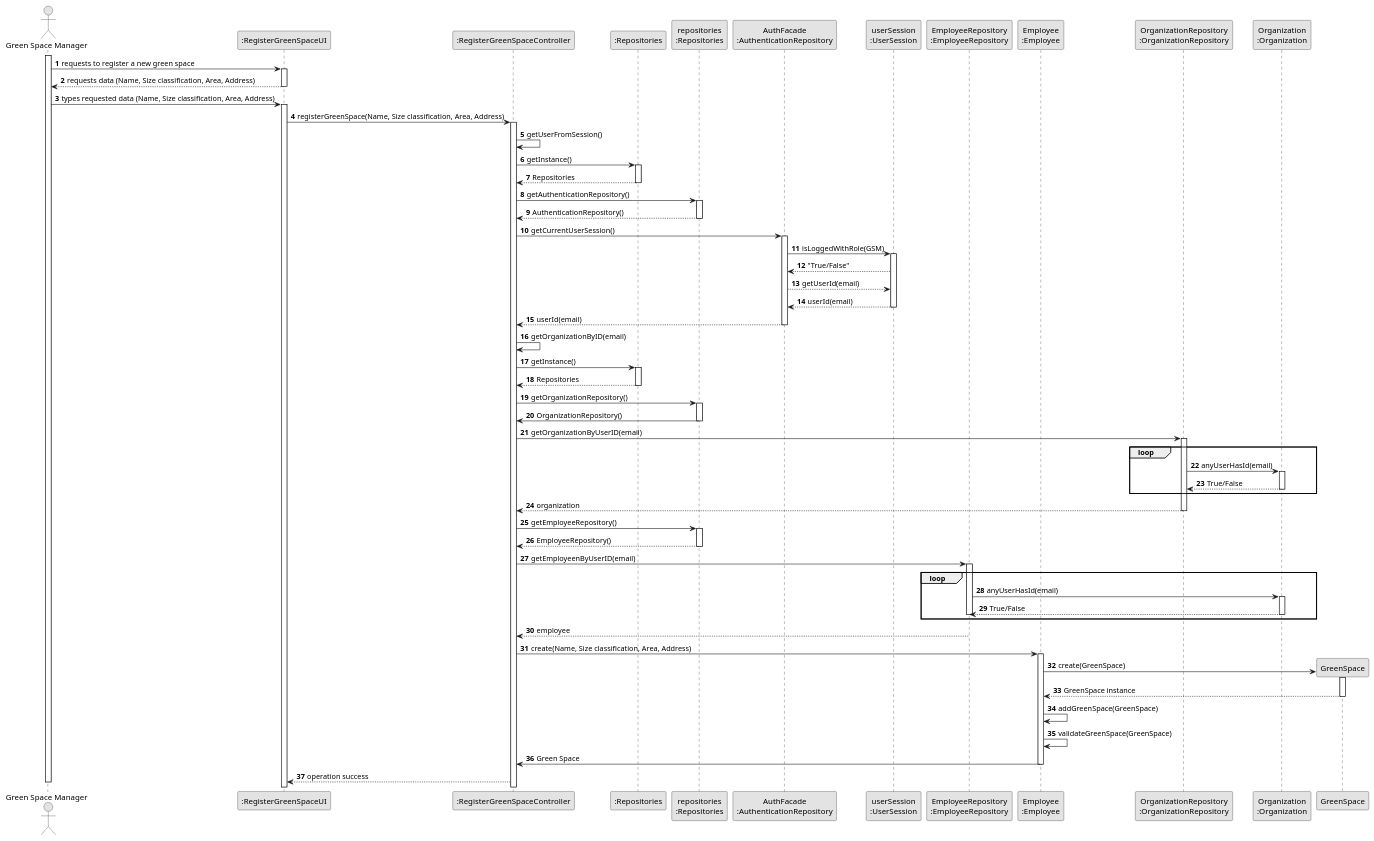
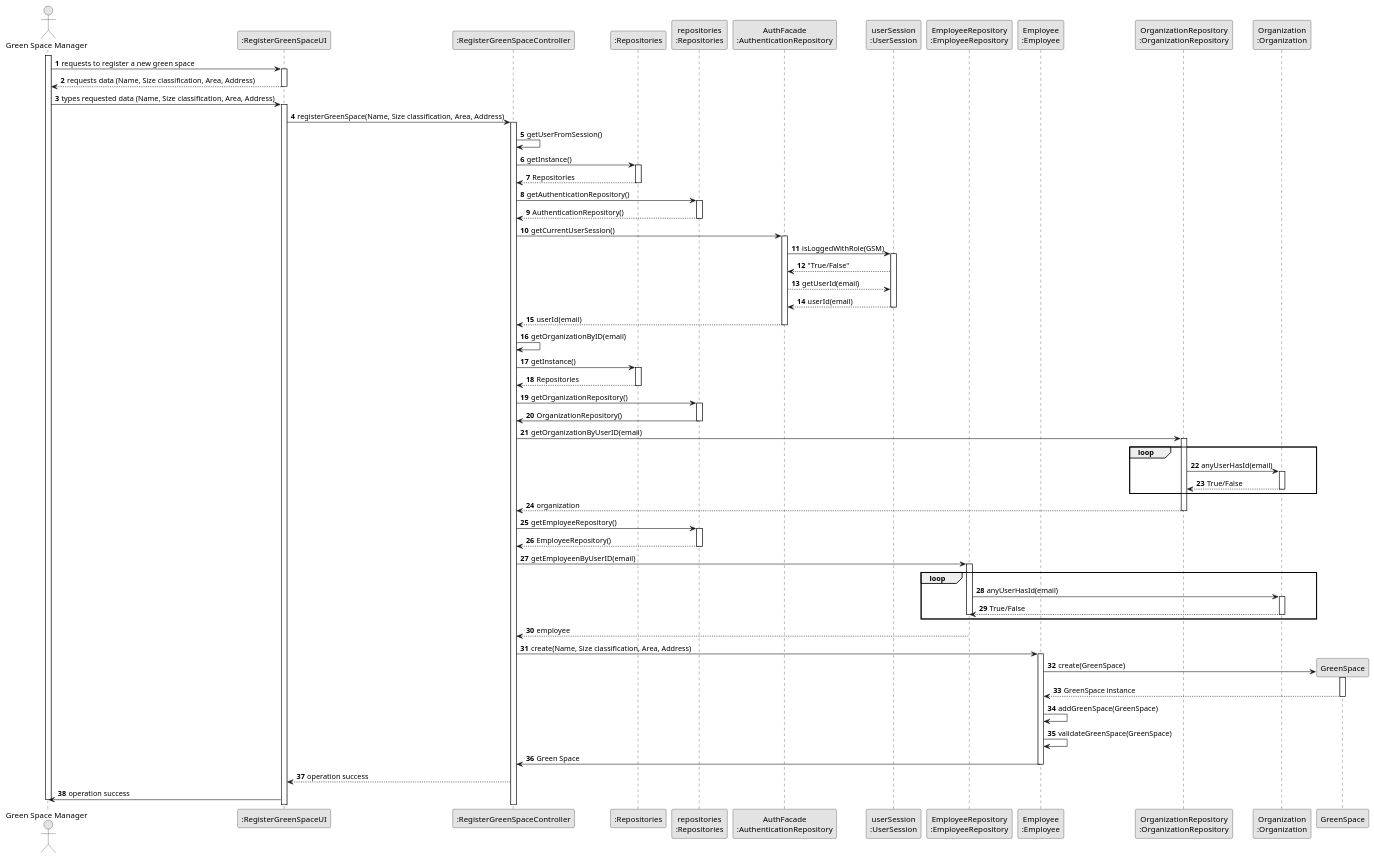
Before and after one commit to Mendoncaa/LAPR2: the diagram in docs/sprintC/US20/03.design/puml/us020-sequence-diagram.puml, drawn with PlantUML. The commit also changed 30 other files, not shown here.

```diff
--- a/docs/sprintC/US20/03.design/puml/us020-sequence-diagram.puml
+++ b/docs/sprintC/US20/03.design/puml/us020-sequence-diagram.puml
@@ -1,126 +1,128 @@
 @startuml
 skinparam monochrome true
 skinparam packageStyle rectangle
 skinparam shadowing false
 
 autonumber
 
 actor "Green Space Manager" as GSM
 participant ":RegisterGreenSpaceUI" as UI
 participant ":RegisterGreenSpaceController" as CTRL
 participant ":Repositories" as RepositorySingleton
 participant "repositories\n:Repositories" as PLAT
 participant "AuthFacade\n:AuthenticationRepository" as AUTHREP
 participant "userSession\n:UserSession" as USER
 
 participant "EmployeeRepository\n:EmployeeRepository" as EMPREP
 participant "Employee\n:Employee" as EMP
 participant "OrganizationRepository\n:OrganizationRepository" as ORGREP
 participant "Organization\n:Organization" as ORG
 
 
 activate GSM
 
         GSM -> UI : requests to register a new green space
         activate UI
 
         UI --> GSM : requests data (Name, Size classification, Area, Address)
     deactivate UI
 
     GSM -> UI : types requested data (Name, Size classification, Area, Address)
     activate UI
 
     UI -> CTRL : registerGreenSpace(Name, Size classification, Area, Address)
     activate CTRL
 
         CTRL -> CTRL : getUserFromSession()
 
         CTRL -> RepositorySingleton : getInstance()
         activate RepositorySingleton
         CTRL <-- RepositorySingleton : Repositories
         deactivate RepositorySingleton
 
         CTRL -> PLAT : getAuthenticationRepository()
         activate PLAT
         CTRL <-- PLAT : AuthenticationRepository()
         deactivate PLAT
 
         CTRL -> AUTHREP : getCurrentUserSession()
         activate AUTHREP
 
         AUTHREP -> USER : isLoggedWithRole(GSM)
         activate USER
 
         AUTHREP <-- USER : "True/False"
         AUTHREP --> USER : getUserId(email)
         AUTHREP <-- USER : userId(email)
         deactivate USER
 
         CTRL <-- AUTHREP : userId(email)
         deactivate AUTHREP
 
         CTRL-> CTRL: getOrganizationByID(email)
 
         CTRL -> RepositorySingleton : getInstance()
         activate RepositorySingleton
         CTRL <-- RepositorySingleton : Repositories
         deactivate RepositorySingleton
 
         CTRL -> PLAT : getOrganizationRepository()
         activate PLAT
         PLAT-> CTRL : OrganizationRepository()
         deactivate PLAT
 
 
         CTRL -> ORGREP : getOrganizationByUserID(email)
         activate ORGREP
         loop
             ORGREP -> ORG : anyUserHasId(email)
             activate ORG
             ORG --> ORGREP : True/False
             deactivate ORG
         end
         ORGREP --> CTRL : organization
         deactivate ORGREP
 
         CTRL -> PLAT : getEmployeeRepository()
         activate PLAT
         CTRL <-- PLAT : EmployeeRepository()
         deactivate PLAT
 
         CTRL -> EMPREP : getEmployeenByUserID(email)
         activate EMPREP
         loop
             EMPREP -> ORG : anyUserHasId(email)
             activate ORG
             ORG --> EMPREP : True/False
             deactivate ORG
         deactivate EMPREP
         end
         EMPREP --> CTRL : employee
 
 
         CTRL -> EMP : create(Name, Size classification, Area, Address)
         activate EMP
         EMP -> GreenSpace**: create(GreenSpace)
         activate GreenSpace
 
         GreenSpace --> EMP : GreenSpace instance
         deactivate GreenSpace
 
 
 
         EMP -> EMP : addGreenSpace(GreenSpace)
 
 
         EMP -> EMP : validateGreenSpace(GreenSpace)
 
         EMP -> CTRL: Green Space
         deactivate EMP
 
 
         CTRL --> UI : operation success
 
+        UI -> GSM: operation success
+
 deactivate GSM
 
 @enduml
```
